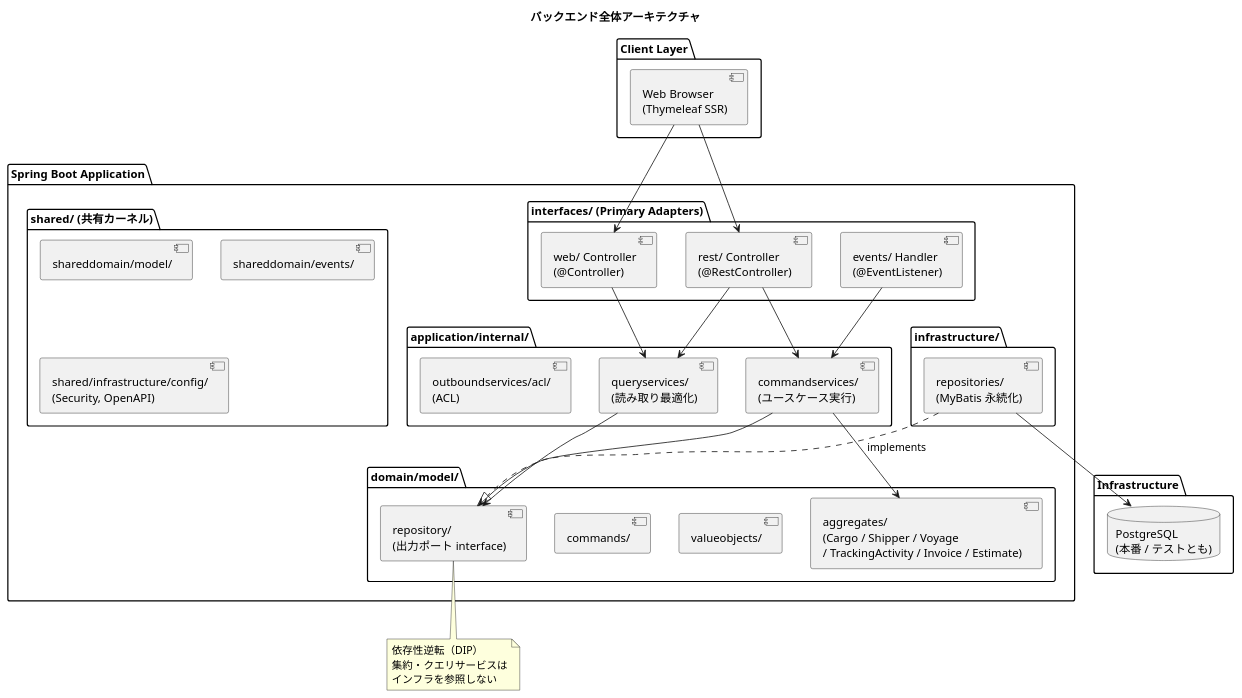
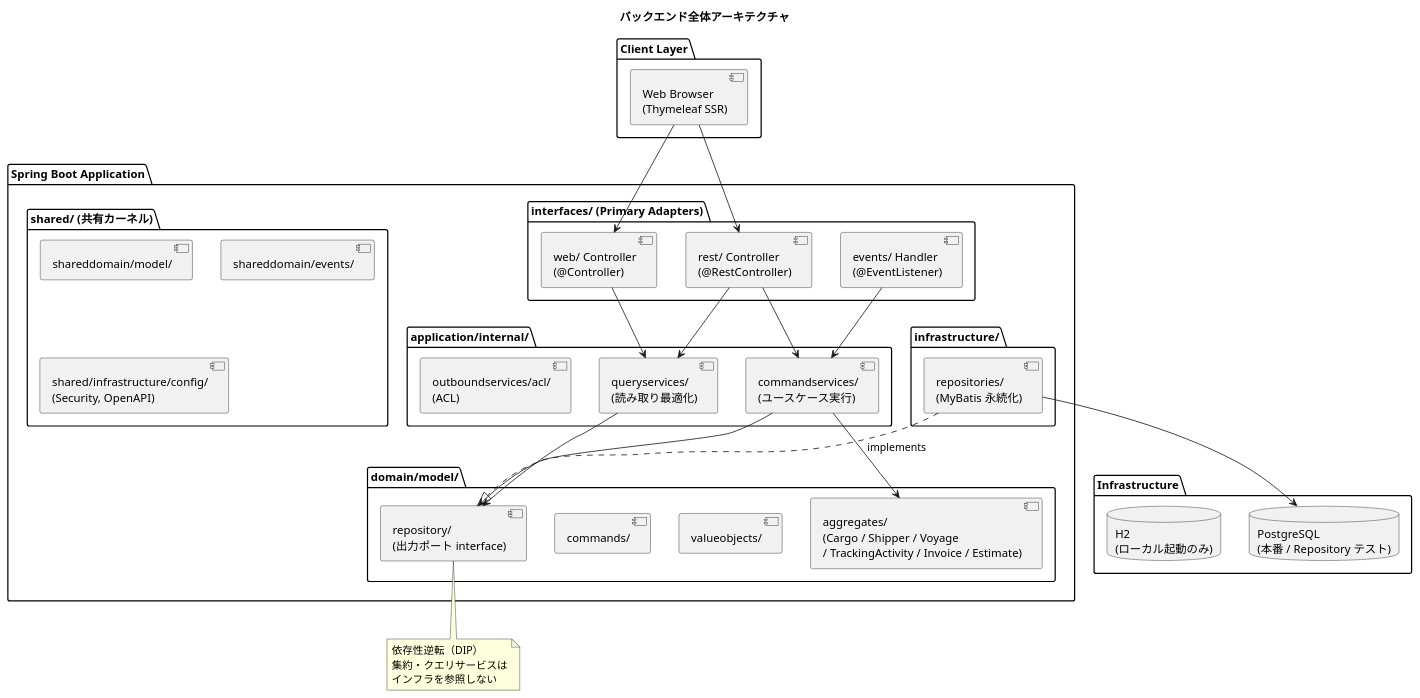
Before and after one commit to k2works/case-study-cargo-tracker: the first of 7 diagrams in docs/design/architecture_backend.md, drawn with PlantUML. The commit also changed other lines of this file and 16 other files, not shown here.

````diff
--- a/docs/design/architecture_backend.md
+++ b/docs/design/architecture_backend.md
@@ -39,68 +39,69 @@
 ```plantuml
 @startuml
 title バックエンド全体アーキテクチャ
 
 package "Client Layer" {
   [Web Browser\n(Thymeleaf SSR)]
 }
 
 package "Spring Boot Application" {
 
   package "interfaces/ (Primary Adapters)" {
     [rest/ Controller\n(@RestController)]
     [web/ Controller\n(@Controller)]
     [events/ Handler\n(@EventListener)]
   }
 
   package "application/internal/" {
     [commandservices/\n(ユースケース実行)]
     [queryservices/\n(読み取り最適化)]
     [outboundservices/acl/\n(ACL)]
   }
 
   package "domain/model/" {
     [aggregates/\n(Cargo / Shipper / Voyage\n/ TrackingActivity / Invoice / Estimate)]
     [valueobjects/]
     [commands/]
     [repository/\n(出力ポート interface)]
   }
 
   package "infrastructure/" {
     [repositories/\n(MyBatis 永続化)]
   }
 
   package "shared/ (共有カーネル)" {
     [shareddomain/model/]
     [shareddomain/events/]
     [shared/infrastructure/config/\n(Security, OpenAPI)]
   }
 }
 
 package "Infrastructure" {
-  database "PostgreSQL\n(本番 / テストとも)"
+  database "PostgreSQL\n(本番 / Repository テスト)"
+  database "H2\n(ローカル起動のみ)"
 }
 
 [Web Browser\n(Thymeleaf SSR)] --> [rest/ Controller\n(@RestController)]
 [Web Browser\n(Thymeleaf SSR)] --> [web/ Controller\n(@Controller)]
 
 [rest/ Controller\n(@RestController)] --> [commandservices/\n(ユースケース実行)]
 [rest/ Controller\n(@RestController)] --> [queryservices/\n(読み取り最適化)]
 [web/ Controller\n(@Controller)] --> [queryservices/\n(読み取り最適化)]
 [events/ Handler\n(@EventListener)] --> [commandservices/\n(ユースケース実行)]
 
 [commandservices/\n(ユースケース実行)] --> [aggregates/\n(Cargo / Shipper / Voyage\n/ TrackingActivity / Invoice / Estimate)]
 [commandservices/\n(ユースケース実行)] --> [repository/\n(出力ポート interface)]
 [queryservices/\n(読み取り最適化)] --> [repository/\n(出力ポート interface)]
 
 [repositories/\n(MyBatis 永続化)] ..|> [repository/\n(出力ポート interface)] : implements
 
-[repositories/\n(MyBatis 永続化)] --> [PostgreSQL\n(本番 / テストとも)]
+[repositories/\n(MyBatis 永続化)] --> [PostgreSQL\n(本番 / Repository テスト)]
 
 note bottom of [repository/\n(出力ポート interface)]
   依存性逆転（DIP）
   集約・クエリサービスは
   インフラを参照しない
 end note
 
 @enduml
 ```
````
